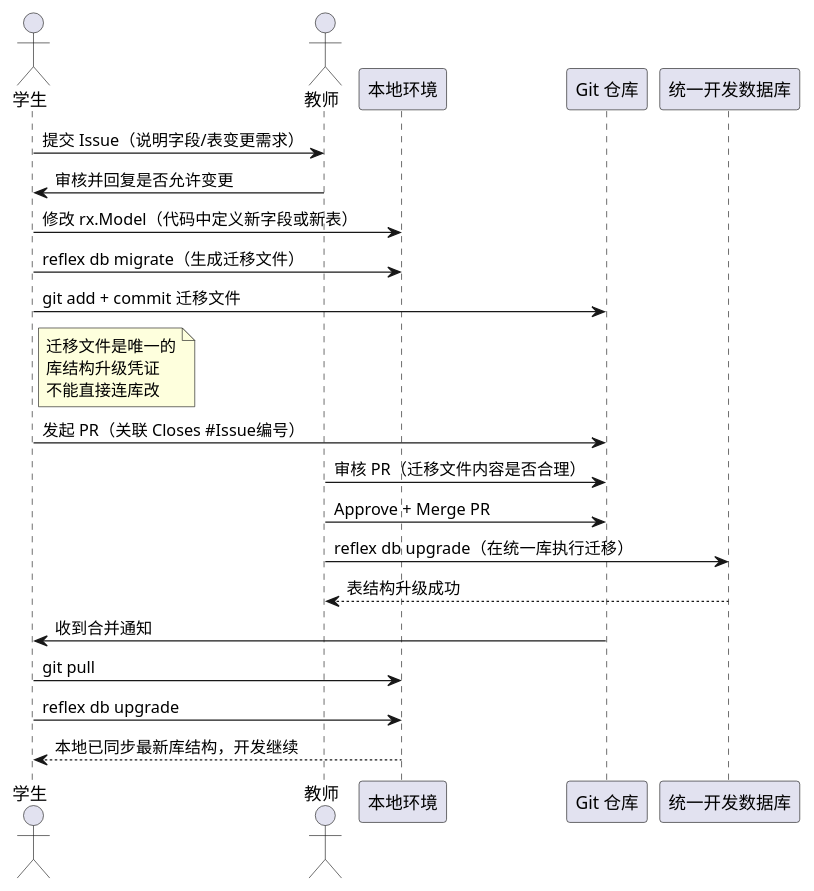
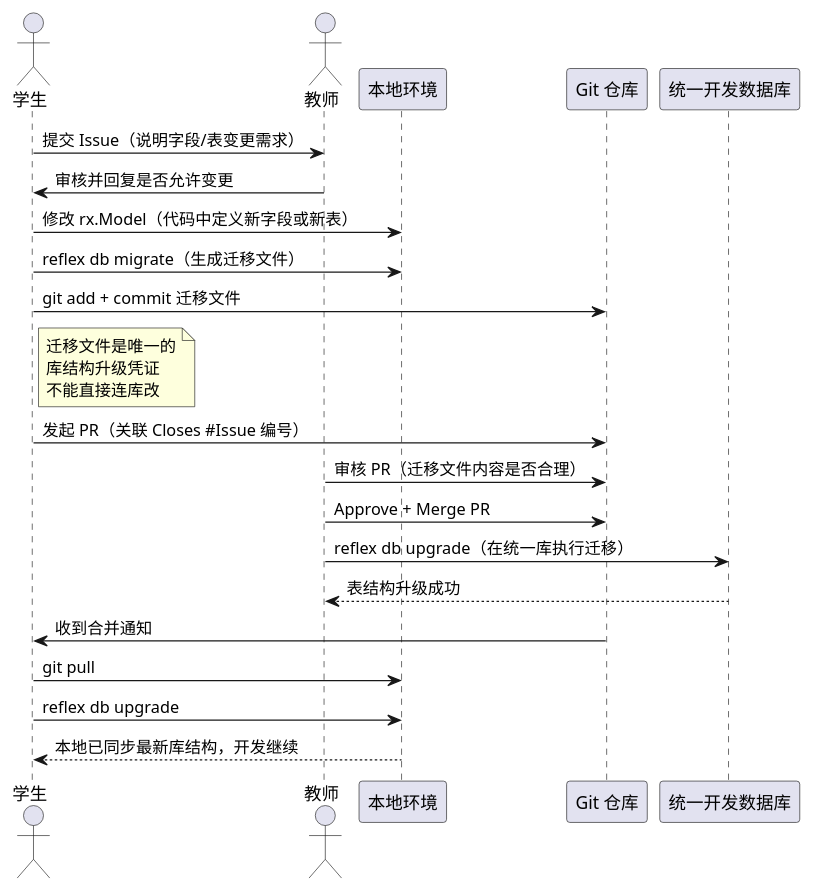
Before and after one commit to Inkyo-007/OA-EPP: the third of 5 diagrams in docs/第10章_软件产品介绍.md, drawn with PlantUML. The commit also changed other lines of this file and 5 other files, not shown here.

````diff
--- a/docs/第10章_软件产品介绍.md
+++ b/docs/第10章_软件产品介绍.md
@@ -1346,35 +1333,35 @@
 ```plantuml
 @startuml
 actor 学生 as student
 actor 教师 as teacher
 participant "本地环境" as local
 participant "Git 仓库" as git
 participant "统一开发数据库" as db
 
 student -> teacher : 提交 Issue（说明字段/表变更需求）
 teacher -> student : 审核并回复是否允许变更
 
 student -> local : 修改 rx.Model（代码中定义新字段或新表）
 student -> local : reflex db migrate（生成迁移文件）
 student -> git   : git add + commit 迁移文件
 
 note right of student
   迁移文件是唯一的
   库结构升级凭证
   不能直接连库改
 end note
 
-student -> git   : 发起 PR（关联 Closes #Issue编号）
+student -> git   : 发起 PR（关联 Closes #Issue 编号）
 teacher -> git   : 审核 PR（迁移文件内容是否合理）
 teacher -> git   : Approve + Merge PR
 
 teacher -> db    : reflex db upgrade（在统一库执行迁移）
 db --> teacher   : 表结构升级成功
 
 git -> student   : 收到合并通知
 student -> local : git pull
 student -> local : reflex db upgrade
 local --> student : 本地已同步最新库结构，开发继续
 
 @enduml
 ```
````
